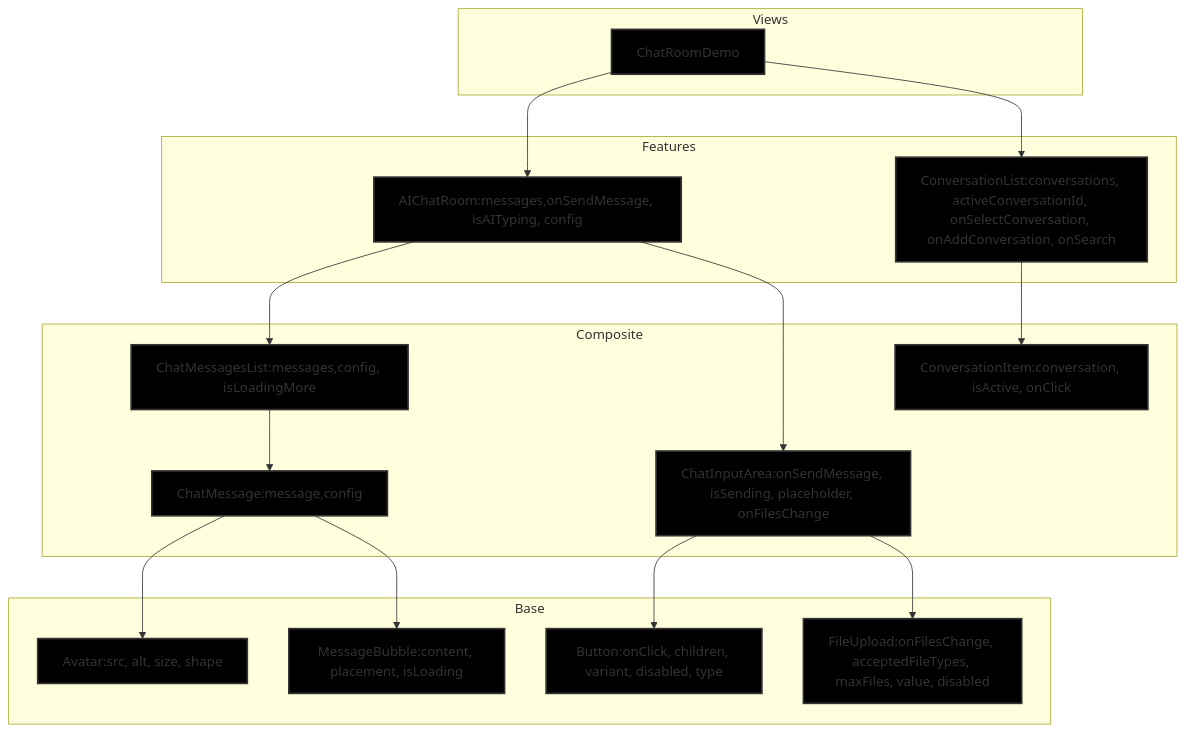
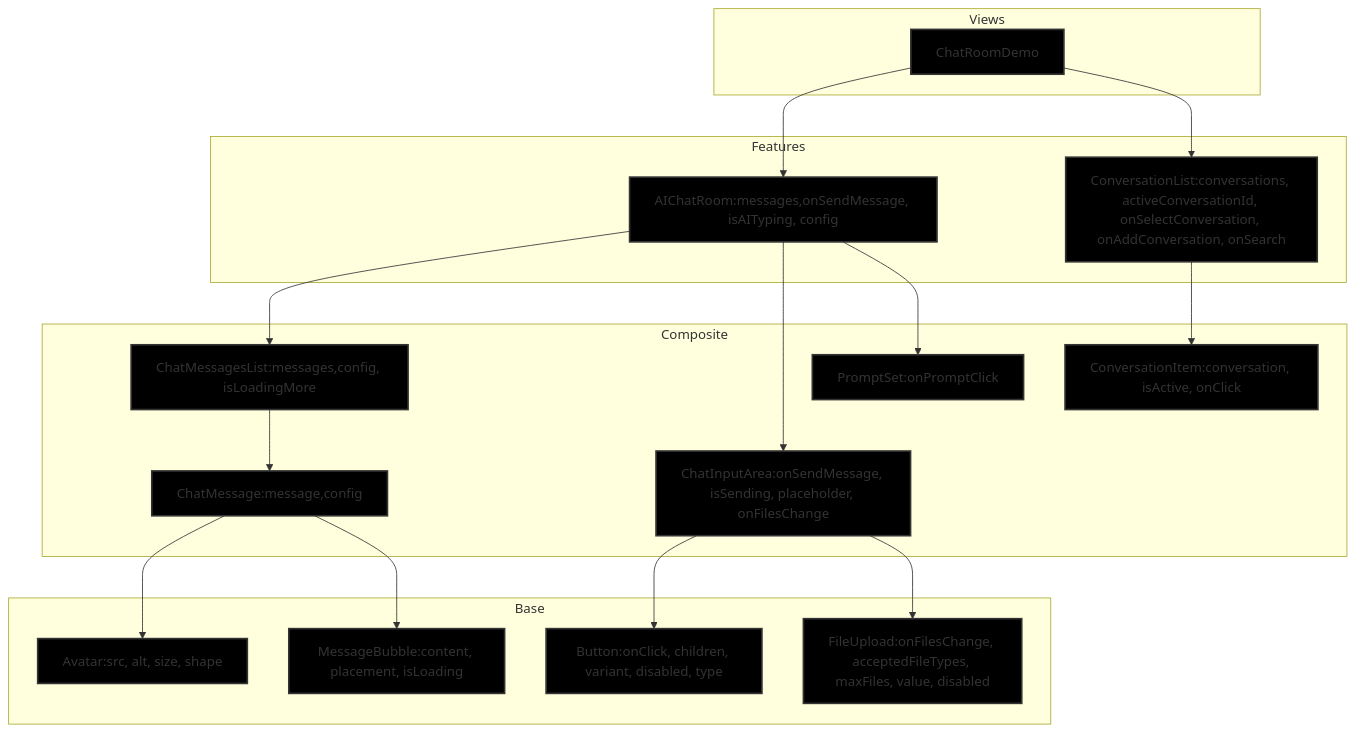
Before and after one commit to qq1244371708/whisper-design: the diagram in src/docs/components-graph.md, drawn with Mermaid. The commit also changed 4 other files, not shown here.

````diff
--- a/src/docs/components-graph.md
+++ b/src/docs/components-graph.md
@@ -9,53 +9,56 @@
 ```mermaid
 graph TD
 subgraph Views
 ChatRoomDemo
 end
 
     subgraph Features
         AIChatRoom
         ConversationList
     end
 
     subgraph Composite
         ChatMessagesList
         ChatMessage
         ChatInputArea
         ConversationItem
+        PromptSet
     end
 
     subgraph Base
         Avatar
         MessageBubble
         Button
         FileUpload
     end
 
     ChatRoomDemo --> AIChatRoom[AIChatRoom:messages,onSendMessage, isAITyping, config]
      ChatRoomDemo --> ConversationList[ConversationList:conversations, activeConversationId, onSelectConversation, onAddConversation, onSearch]
 
     AIChatRoom --> ChatMessagesList[ChatMessagesList:messages,config, isLoadingMore]
     AIChatRoom --> ChatInputArea[ChatInputArea:onSendMessage, isSending, placeholder, onFilesChange]
+    AIChatRoom --> PromptSet[PromptSet:onPromptClick]
 
      ConversationList --> ConversationItem[ConversationItem:conversation, isActive, onClick]
 
      ChatMessagesList --> ChatMessage[ChatMessage:message,config]
 
     ChatMessage --> Avatar[Avatar:src, alt, size, shape]
     ChatMessage --> MessageBubble[MessageBubble:content, placement, isLoading]
 
     ChatInputArea --> Button[Button:onClick, children, variant, disabled, type]
     ChatInputArea --> FileUpload[FileUpload:onFilesChange, acceptedFileTypes, maxFiles, value, disabled]
 
     style ChatRoomDemo fill:#000,stroke:#333,stroke-width:2px
     style AIChatRoom fill:#000,stroke:#333,stroke-width:2px
     style ConversationList fill:#000,stroke:#333,stroke-width: 2px
+    style PromptSet fill:#000,stroke:#333,stroke-width:2px
     style ChatMessagesList fill:#000,stroke:#333,stroke-width:2px
     style ChatMessage fill:#000,stroke:#333,stroke-width:2px
     style ChatInputArea fill:#000,stroke:#333,stroke-width:2px
     style ConversationItem fill:#000,stroke:#333,stroke-width:2px
     style Avatar fill:#000,stroke:#333,stroke-width:2px
     style MessageBubble fill:#000,stroke:#333,stroke-width:2px
     style Button fill:#000,stroke:#333,stroke-width:2px
     style FileUpload fill:#000,stroke:#333,stroke-width:2px
 ```
````
